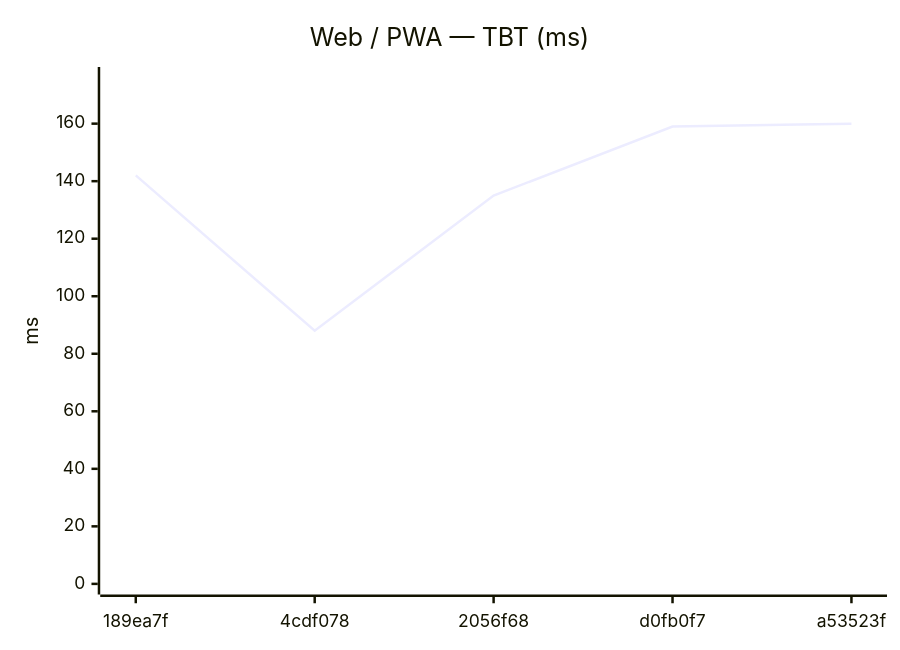
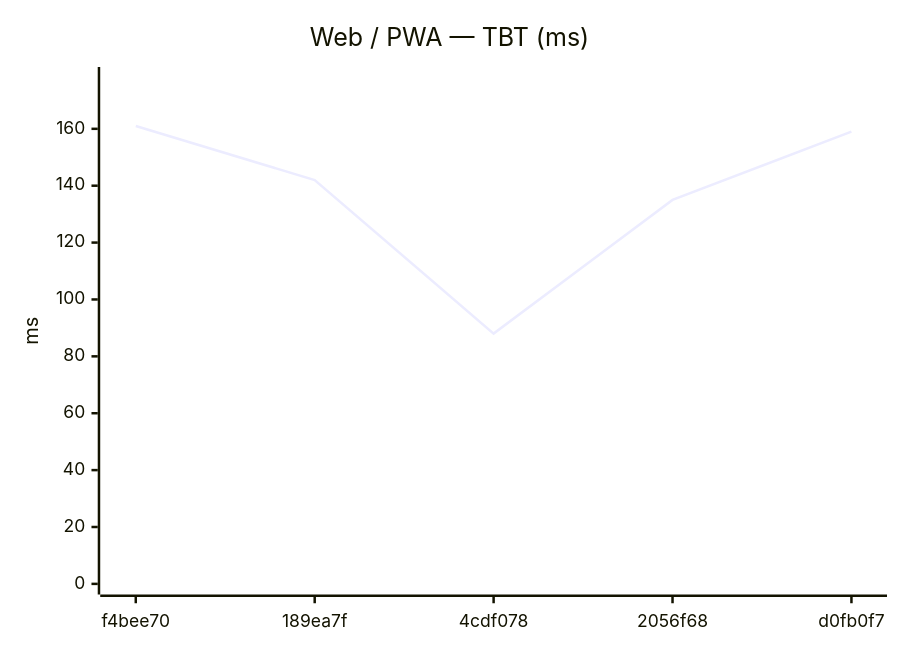
Before and after one commit to Metaheurist/Rianell: the eighth of 18 diagrams in benchmarks/compare.md, drawn with Mermaid. The commit also changed other lines of this file and 11 other files, not shown here.

````diff
--- a/benchmarks/compare.md
+++ b/benchmarks/compare.md
@@ -124,7 +124,7 @@
 ```mermaid
 xychart-beta
     title "Web / PWA — TBT (ms)"
-    x-axis ["189ea7f", "4cdf078", "2056f68", "d0fb0f7", "a53523f"]
-    y-axis "ms" 0 --> 176
-    line [142, 88, 135, 159, 160]
+    x-axis ["f4bee70", "189ea7f", "4cdf078", "2056f68", "d0fb0f7"]
+    y-axis "ms" 0 --> 178
+    line [161, 142, 88, 135, 159]
 ```
````
